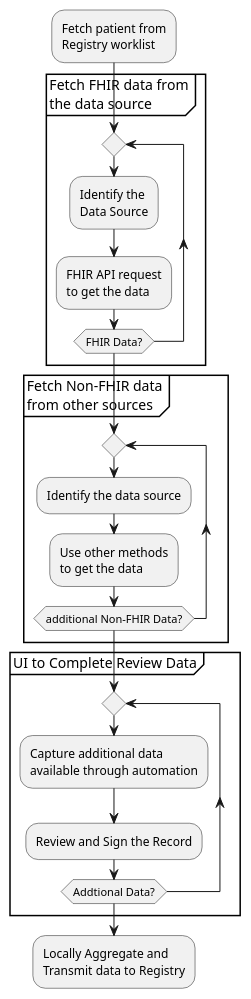
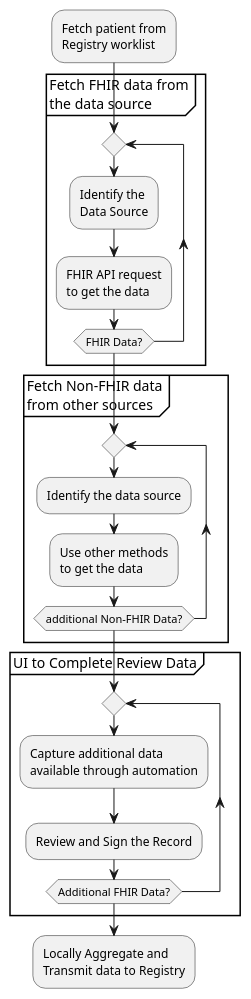
Before and after one commit to HL7/fhir-registry-protocols-ig: the diagram in input/images-source/workflow.plantuml, drawn with PlantUML. The commit also changed 20 other files, not shown here.

```diff
--- a/input/images-source/workflow.plantuml
+++ b/input/images-source/workflow.plantuml
@@ -1,25 +1,25 @@
 @startuml
 :Fetch patient from\nRegistry worklist;
 partition "Fetch FHIR data from\nthe data source" {
     repeat
     :Identify the\nData Source;
     :FHIR API request\nto get the data;
     repeat while (FHIR Data?)
 }
 
 partition "Fetch Non-FHIR data\nfrom other sources" {
     repeat
     :Identify the data source;
     :Use other methods\nto get the data;
     repeat while (additional Non-FHIR Data?)
 }
 
 partition "UI to Complete Review Data" {
     repeat
     :Capture additional data\navailable through automation;
     :Review and Sign the Record;
-    repeat while (Addtional Data?)
+    repeat while (Additional FHIR Data?)
 }
 
 :Locally Aggregate and\nTransmit data to Registry;
 @enduml
```
